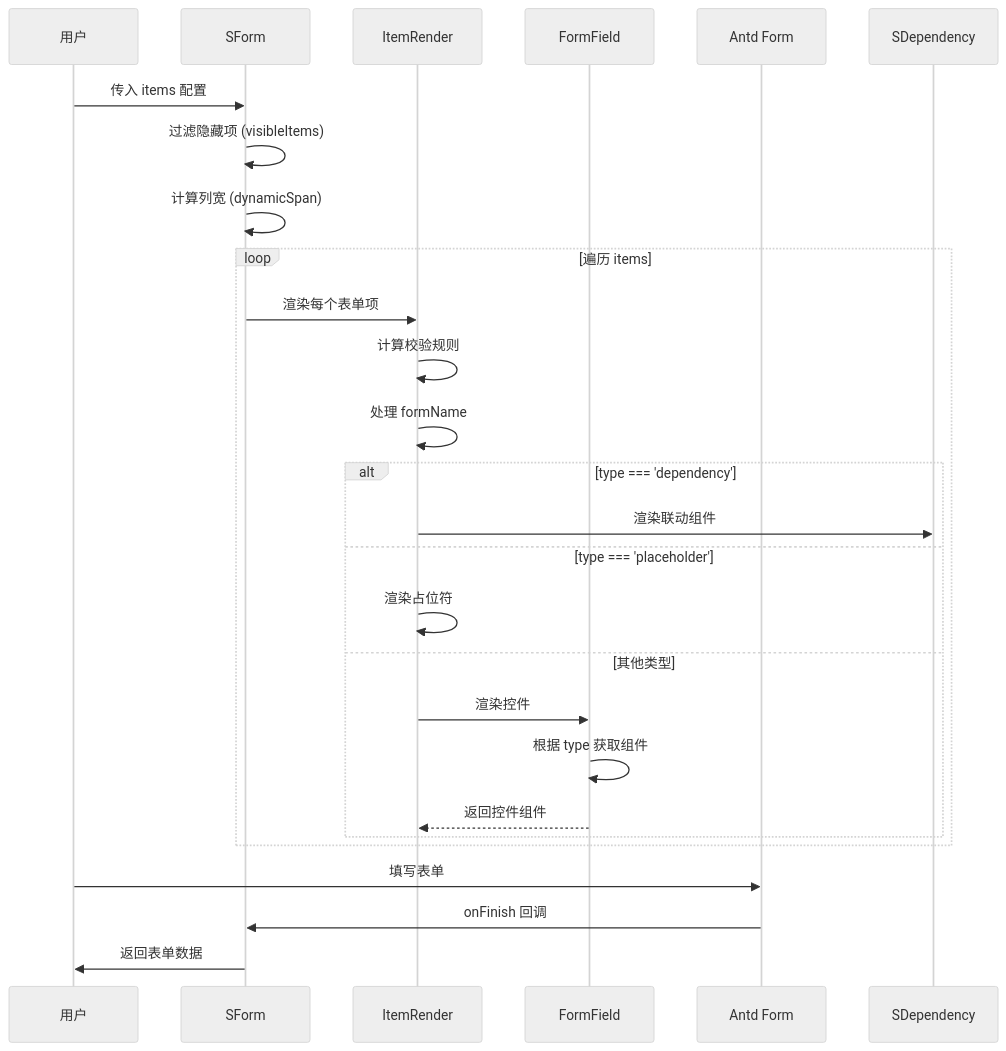
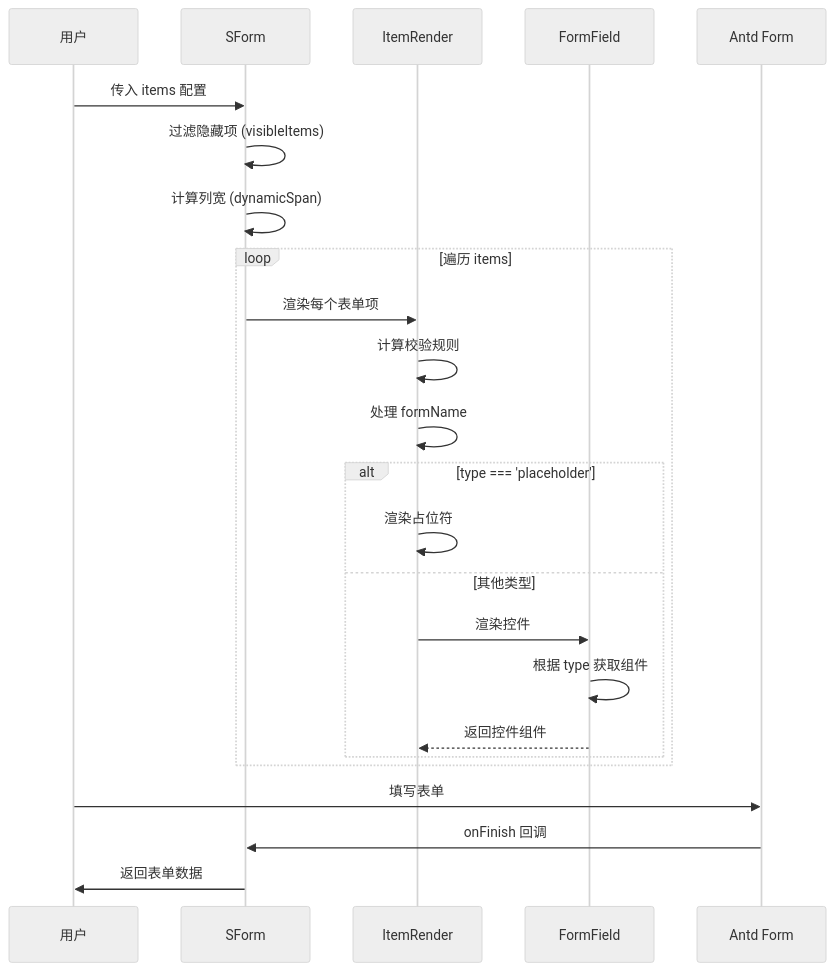
Before and after one commit to daly-dai/sdesign: the second of 2 diagrams in src/components/form/form-documentation.md, drawn with Mermaid (neutral theme). The commit also changed other lines of this file and 35 other files, not shown here.

````diff
--- a/src/components/form/form-documentation.md
+++ b/src/components/form/form-documentation.md
@@ -157,32 +153,30 @@
 ```mermaid
 sequenceDiagram
     participant User as 用户
     participant SForm as SForm
     participant ItemRender as ItemRender
     participant FormField as FormField
     participant AntdForm as Antd Form
 
     User->>SForm: 传入 items 配置
     SForm->>SForm: 过滤隐藏项 (visibleItems)
     SForm->>SForm: 计算列宽 (dynamicSpan)
 
     loop 遍历 items
         SForm->>ItemRender: 渲染每个表单项
         ItemRender->>ItemRender: 计算校验规则
         ItemRender->>ItemRender: 处理 formName
 
-        alt type === 'dependency'
-            ItemRender->>SDependency: 渲染联动组件
-        else type === 'placeholder'
+        alt type === 'placeholder'
             ItemRender->>ItemRender: 渲染占位符
         else 其他类型
             ItemRender->>FormField: 渲染控件
             FormField->>FormField: 根据 type 获取组件
             FormField-->>ItemRender: 返回控件组件
         end
     end
 
     User->>AntdForm: 填写表单
     AntdForm->>SForm: onFinish 回调
     SForm->>User: 返回表单数据
 ```
````
